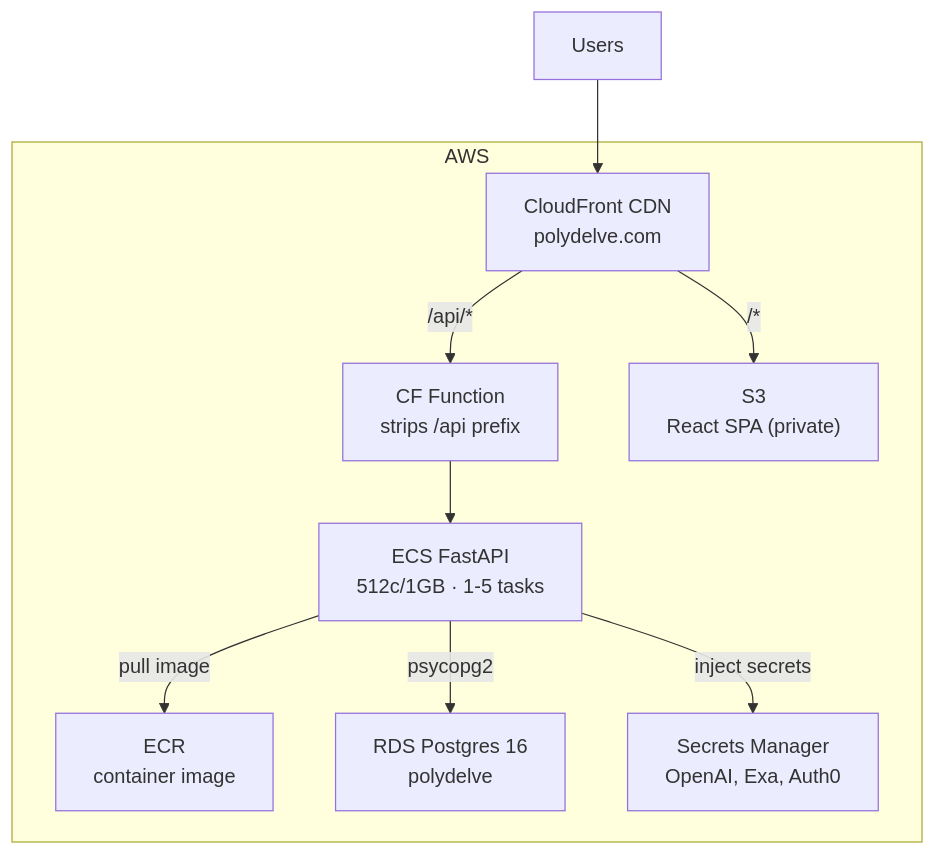
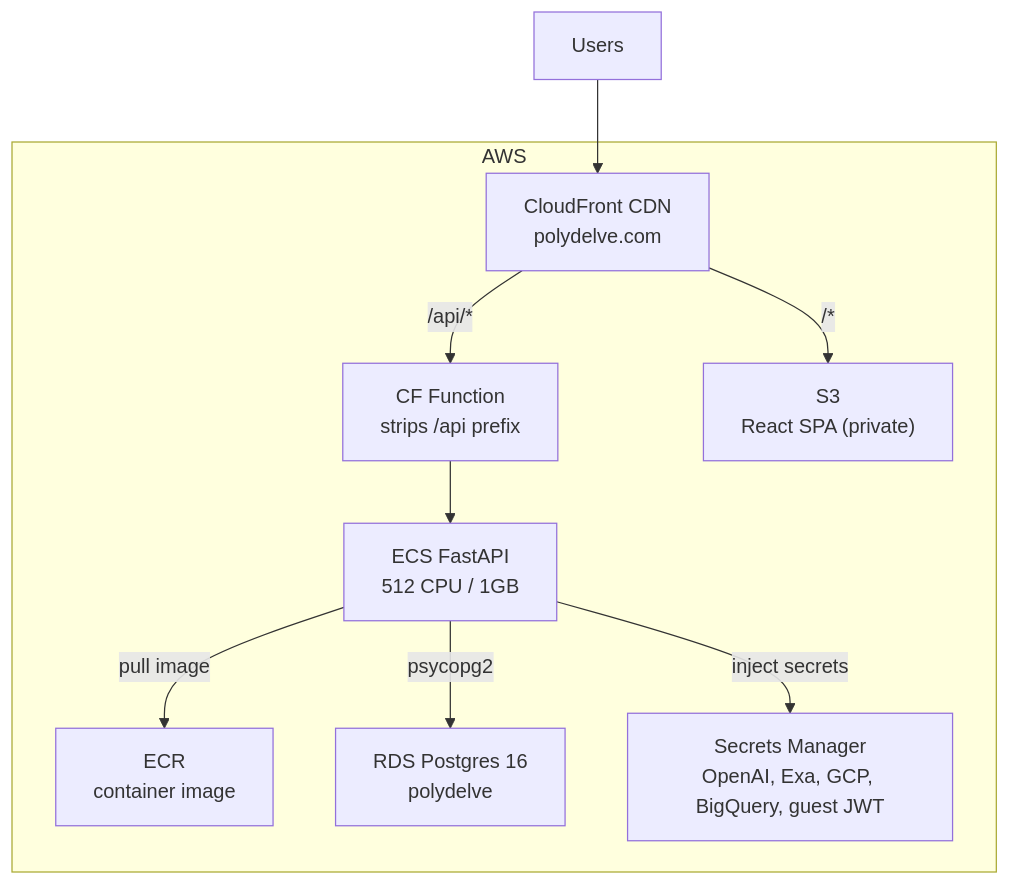
Before and after one commit to JacksonFaulkner/polydelve: the diagram in docs/content/docs/reference/api.mdx, drawn with Mermaid. The commit also changed other lines of this file and 177 other files, not shown here.

````diff
--- a/docs/content/docs/reference/api.mdx
+++ b/docs/content/docs/reference/api.mdx
@@ -8,20 +8,20 @@
 ```mermaid
 flowchart TD
   Users --> CF
 
   subgraph AWS
     CF["CloudFront CDN\npolydelve.com"]
     CFF["CF Function\nstrips /api prefix"]
     S3["S3\nReact SPA (private)"]
-    ECS["ECS FastAPI\n512c/1GB · 1-5 tasks"]
+    ECS["ECS FastAPI\n512 CPU / 1GB"]
     ECR["ECR\ncontainer image"]
     RDS["RDS Postgres 16\npolydelve"]
-    SM["Secrets Manager\nOpenAI, Exa, Auth0"]
+    SM["Secrets Manager\nOpenAI, Exa, GCP, BigQuery, guest JWT"]
   end
 
   CF --"/*"--> S3
   CF --"/api/*"--> CFF --> ECS
   ECS --"pull image"--> ECR
   ECS --"inject secrets"--> SM
   ECS --"psycopg2"--> RDS
 ```
````
